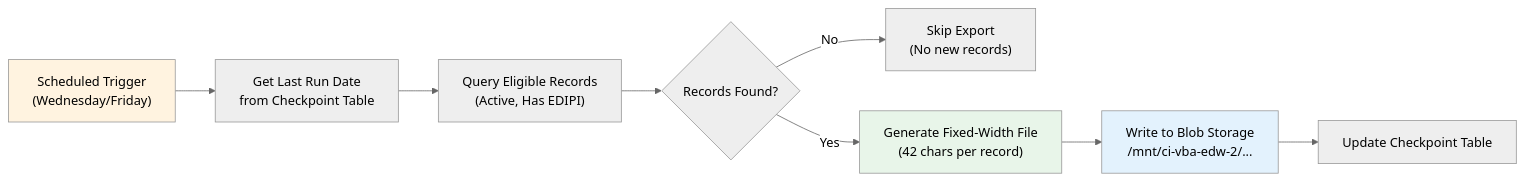
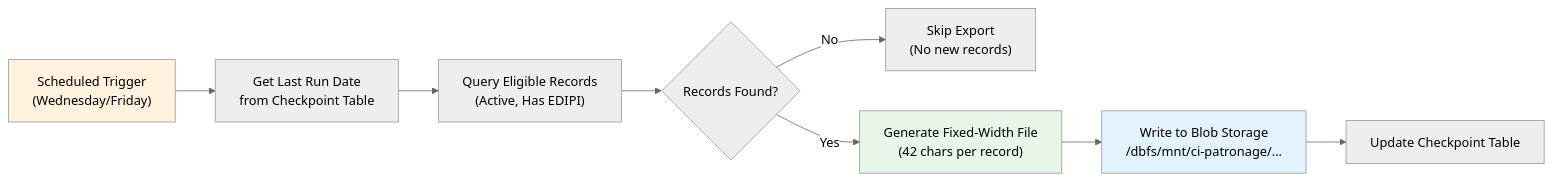
The seventh of 8 diagrams in README.md (BhaveshVA/Patronage), drawn with Mermaid (neutral theme) before and after one commit.

Commit message:
Update Blob Storage path in README

````diff
--- a/README.md
+++ b/README.md
@@ -288,14 +288,14 @@
 ```mermaid
 flowchart LR
     A["Scheduled Trigger<br/>(Wednesday/Friday)"] --> B["Get Last Run Date<br/>from Checkpoint Table"]
     B --> C["Query Eligible Records<br/>(Active, Has EDIPI)"]
     C --> D{"Records Found?"}
     D -- "No" --> E["Skip Export<br/>(No new records)"]
     D -- "Yes" --> F["Generate Fixed-Width File<br/>(42 chars per record)"]
-    F --> G["Write to Blob Storage<br/>/mnt/ci-vba-edw-2/..."]
+    F --> G["Write to Blob Storage<br/>/dbfs/mnt/ci-patronage/..."]
     G --> H["Update Checkpoint Table"]
     
     style A fill:#fff3e0
     style F fill:#e8f5e9
     style G fill:#e3f2fd
 ```
````
